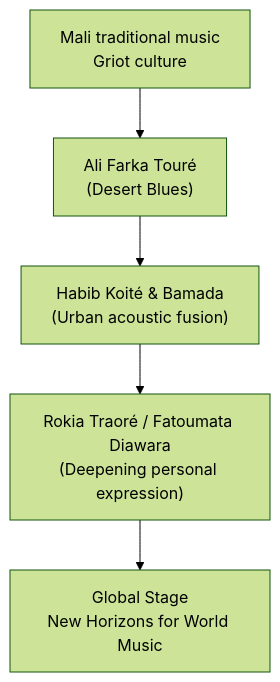
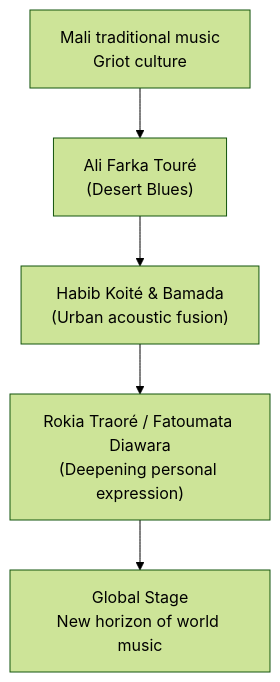
One commit to monumental-movement/monumental-movement.github.io changed the diagram in en/_posts/2025-10-29-column-habib-koite-mali.md. Above: the diagram before and after it, drawn with Mermaid (forest theme). The commit also changed other lines of this file and 1012 other files, not shown here.

```diff
--- a/en/_posts/2025-10-29-column-habib-koite-mali.md
+++ b/en/_posts/2025-10-29-column-habib-koite-mali.md
@@ -188,9 +188,9 @@
 <div class="mermaid">
 
 graph TD
     A["Mali traditional music<br>Griot culture"] --> B["Ali Farka Touré<br>(Desert Blues)"]
     B --> C["Habib Koité & Bamada<br>(Urban acoustic fusion)"]
     C --> D["Rokia Traoré / Fatoumata Diawara<br>(Deepening personal expression)"]
-    D --> E["Global Stage<br>New Horizons for World Music"]
+    D --> E["Global Stage<br>New horizon of world music"]
 
 </div>
```
